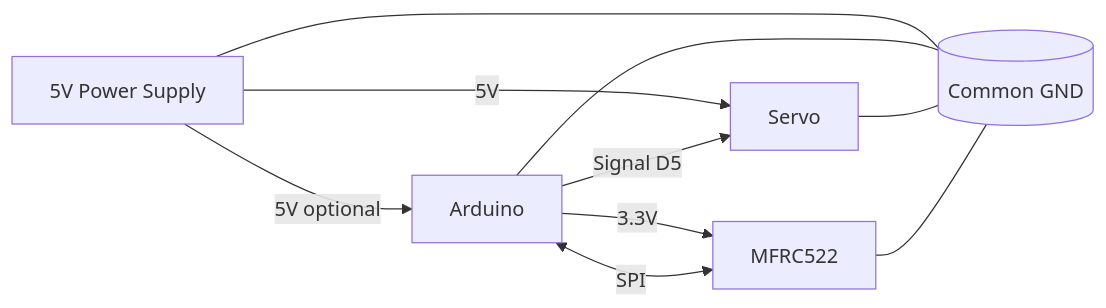
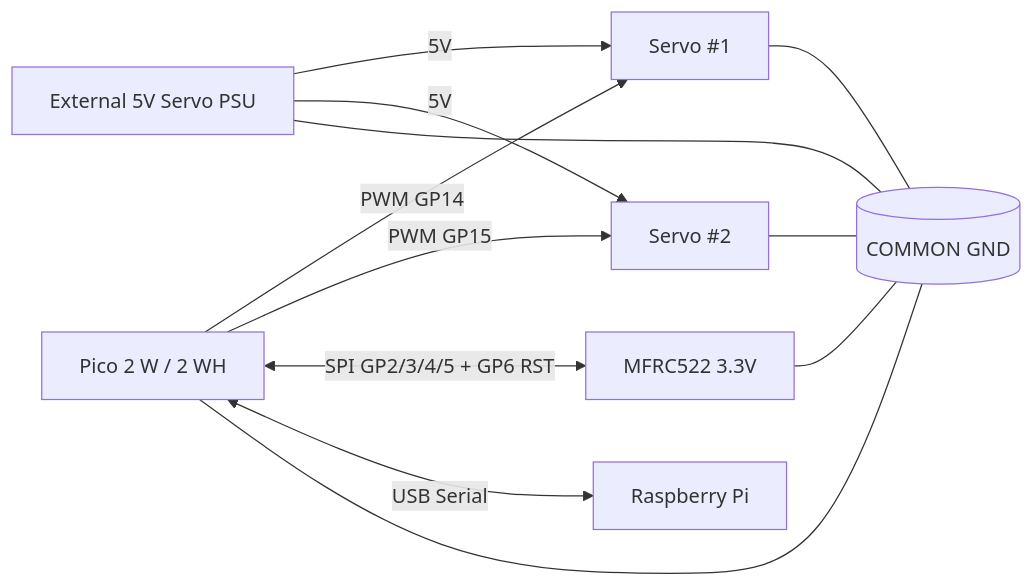
Before and after one commit to atkinart/train-manager: the diagram in docs/wiring-guide.md, drawn with Mermaid. The commit also changed other lines of this file and 27 other files, not shown here.

Commit message:
Migrate primary node platform from Arduino to Pico 2 W

````diff
--- a/docs/wiring-guide.md
+++ b/docs/wiring-guide.md
@@ -34,12 +41,17 @@
 ```mermaid
 flowchart LR
-  PSU[5V Power Supply] -->|5V| SERVO[Servo]
-  PSU -->|5V optional| ARD[Arduino]
-  ARD -->|3.3V| RFID[MFRC522]
-  ARD -->|Signal D5| SERVO
-  ARD <-- SPI --> RFID
-  PSU --- GND[(Common GND)]
-  ARD --- GND
-  SERVO --- GND
+  PSU[External 5V Servo PSU] -->|5V| S1[Servo #1]
+  PSU -->|5V| S2[Servo #2]
+
+  PICO[Pico 2 W / 2 WH] -->|PWM GP14| S1
+  PICO -->|PWM GP15| S2
+  PICO <-->|SPI GP2/3/4/5 + GP6 RST| RFID[MFRC522 3.3V]
+
+  PICO <-->|USB Serial| RPI[Raspberry Pi]
+
+  PSU --- GND[(COMMON GND)]
+  PICO --- GND
+  S1 --- GND
+  S2 --- GND
   RFID --- GND
 ```
````
